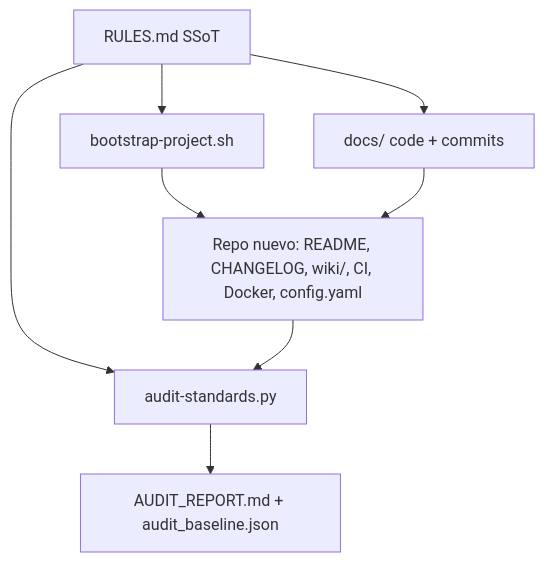
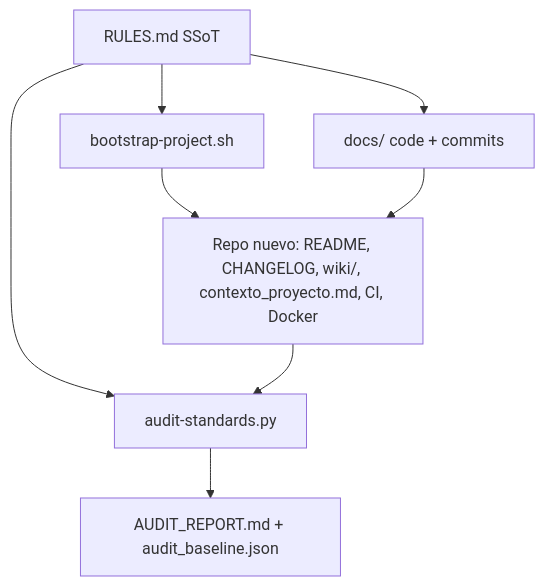
Before and after one commit to luciomerlo/dev-standards: the diagram in wiki/Architecture.md, drawn with Mermaid. The commit also changed other lines of this file and 11 other files, not shown here.

First line of the commit message:
feat(standards): require an up-to-date contexto_proyecto.md

````diff
--- a/wiki/Architecture.md
+++ b/wiki/Architecture.md
@@ -9,10 +9,10 @@
 ```mermaid
 graph TD
   R[RULES.md SSoT] --> B[bootstrap-project.sh]
   R --> A[audit-standards.py]
   R --> D[docs/ code + commits]
-  B --> N[Repo nuevo: README, CHANGELOG, wiki/, CI, Docker, config.yaml]
+  B --> N[Repo nuevo: README, CHANGELOG, wiki/, contexto_proyecto.md, CI, Docker]
   N --> A
   A --> O[AUDIT_REPORT.md + audit_baseline.json]
   D --> N
 ```
````
